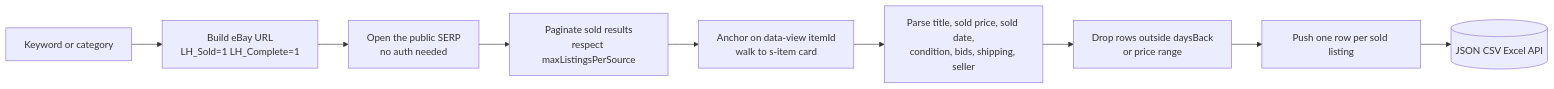
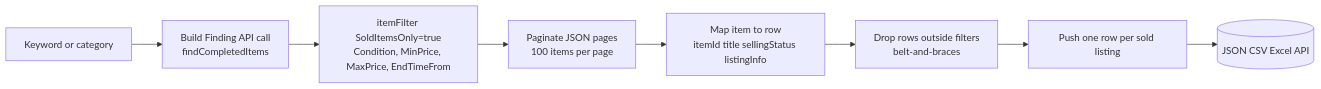
Before and after one commit to Ken-Mutisya/scrapemint: the first of 2 diagrams in actors/ebay-sold-listings-scraper/README.md, drawn with Mermaid. The commit also changed other lines of this file and 5 other files, not shown here.

First line of the commit message:
Repurpose eBay actor slug as Mercari Sold Listings (eBay-alt comp tracker)

````diff
--- a/actors/ebay-sold-listings-scraper/README.md
+++ b/actors/ebay-sold-listings-scraper/README.md
@@ -25,11 +27,10 @@
 ```mermaid
 flowchart LR
-    A[Keyword or category] --> B[Build eBay URL<br/>LH_Sold=1 LH_Complete=1]
-    B --> C[Open the public SERP<br/>no auth needed]
-    C --> D[Paginate sold results<br/>respect maxListingsPerSource]
-    D --> E[Anchor on data-view itemId<br/>walk to s-item card]
-    E --> F[Parse title, sold price, sold date,<br/>condition, bids, shipping, seller]
-    F --> G[Drop rows outside daysBack<br/>or price range]
-    G --> H[Push one row per sold listing]
-    H --> I[(JSON CSV Excel API)]
+    A[Keyword or category] --> B[Build Finding API call<br/>findCompletedItems]
+    B --> C[itemFilter SoldItemsOnly=true<br/>Condition, MinPrice, MaxPrice, EndTimeFrom]
+    C --> D[Paginate JSON pages<br/>100 items per page]
+    D --> E[Map item to row<br/>itemId title sellingStatus listingInfo]
+    E --> F[Drop rows outside filters<br/>belt-and-braces]
+    F --> G[Push one row per sold listing]
+    G --> H[(JSON CSV Excel API)]
 ```
````
